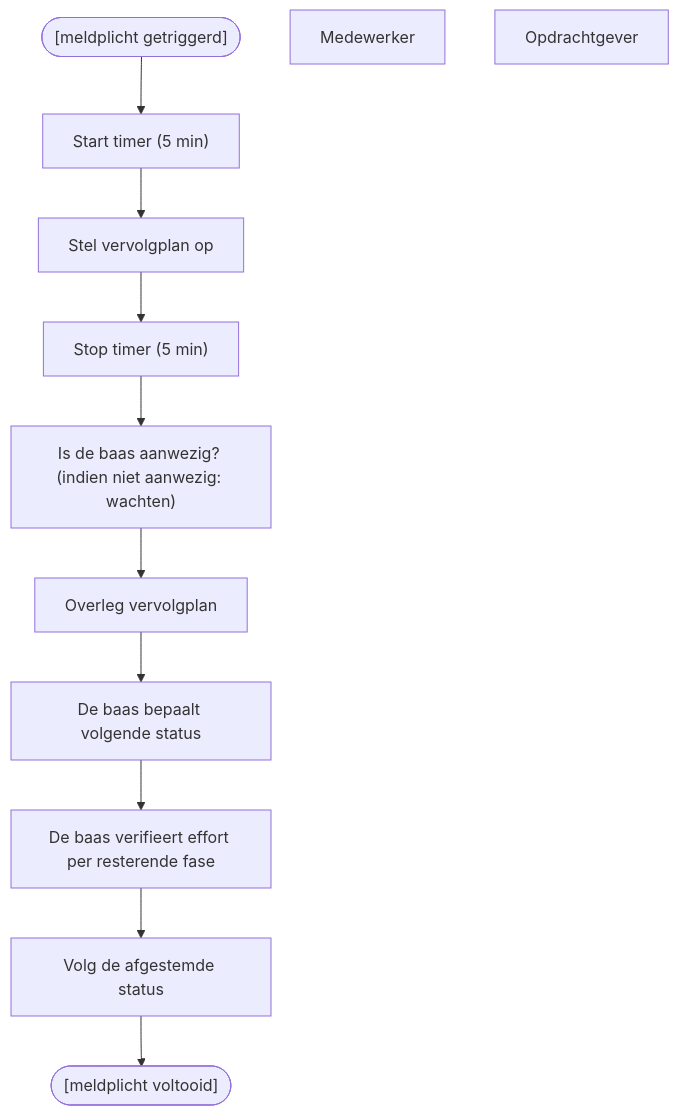
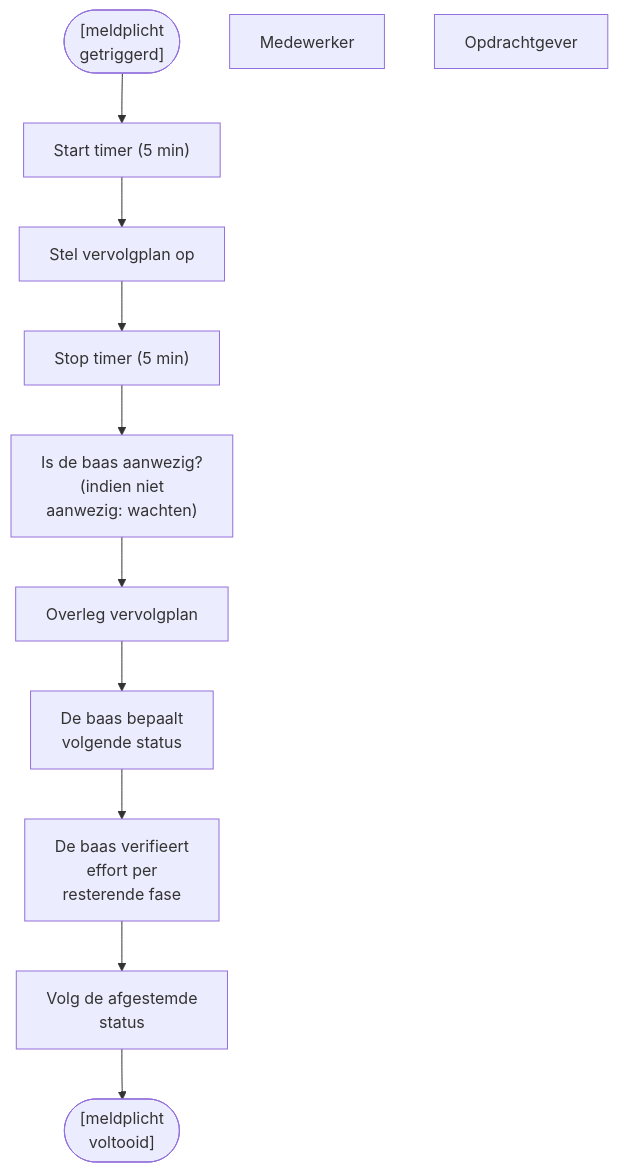
One commit to Zaibatsu89/IssueTracker changed the diagram in 9 Issue Tracker meldplicht.mermaid. Above: the diagram before and after it, drawn with Mermaid. The commit also changed 14 other files, not shown here.

```diff
--- a/9 Issue Tracker meldplicht.mermaid
+++ b/9 Issue Tracker meldplicht.mermaid
@@ -1,23 +1,23 @@
-%%{init: {'theme': 'default', 'themeVariables': {'fontFamily': 'sans-serif'}, 'flowchart': {'htmlLabels': false}}}%%
+%%{init: {'theme': 'default', 'themeVariables': {'fontFamily': 'sans-serif'}, 'flowchart': {'htmlLabels': true}}}%%
 flowchart TD
-    bpmn_start_event(["[meldplicht getriggerd]"])
+    bpmn_start_event(["[meldplicht<br>getriggerd]"])
     bpmn_task_start_timer["Start timer (5 min)"]
     bpmn_task_stel_plan_op["Stel vervolgplan op"]
     bpmn_task_stop_timer["Stop timer (5 min)"]
-    bpmn_task_baas_aanwezig["Is de baas aanwezig? (indien niet aanwezig: wachten)"]
+    bpmn_task_baas_aanwezig["Is de baas aanwezig?<br>(indien niet<br>aanwezig: wachten)"]
     bpmn_task_overleg["Overleg vervolgplan"]
-    bpmn_task_status["De baas bepaalt volgende status"]
-    bpmn_task_effort["De baas verifieert effort per resterende fase"]
-    bpmn_task_volg_status["Volg de afgestemde status"]
-    bpmn_end_event(["[meldplicht voltooid]"])
+    bpmn_task_status["De baas bepaalt<br>volgende status"]
+    bpmn_task_effort["De baas verifieert<br>effort per<br>resterende fase"]
+    bpmn_task_volg_status["Volg de afgestemde<br>status"]
+    bpmn_end_event(["[meldplicht<br>voltooid]"])
     mIc6XLMKuAxiAPNymMe0-20["Medewerker"]
     mIc6XLMKuAxiAPNymMe0-21["Opdrachtgever"]
     bpmn_start_event --> bpmn_task_start_timer
     bpmn_task_start_timer --> bpmn_task_stel_plan_op
     bpmn_task_stel_plan_op --> bpmn_task_stop_timer
     bpmn_task_stop_timer --> bpmn_task_baas_aanwezig
     bpmn_task_baas_aanwezig --> bpmn_task_overleg
     bpmn_task_overleg --> bpmn_task_status
     bpmn_task_status --> bpmn_task_effort
     bpmn_task_effort --> bpmn_task_volg_status
     bpmn_task_volg_status --> bpmn_end_event
```
